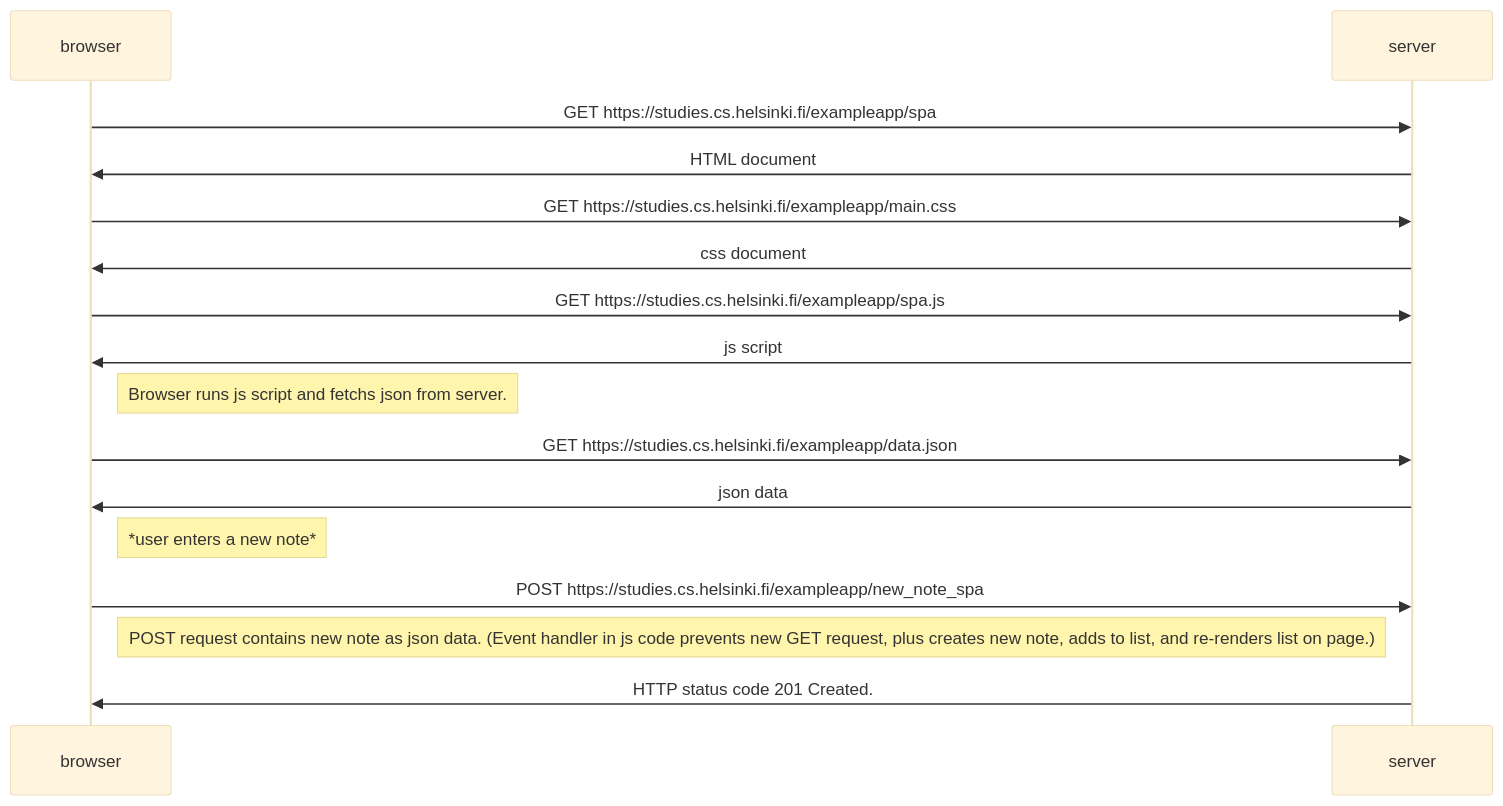
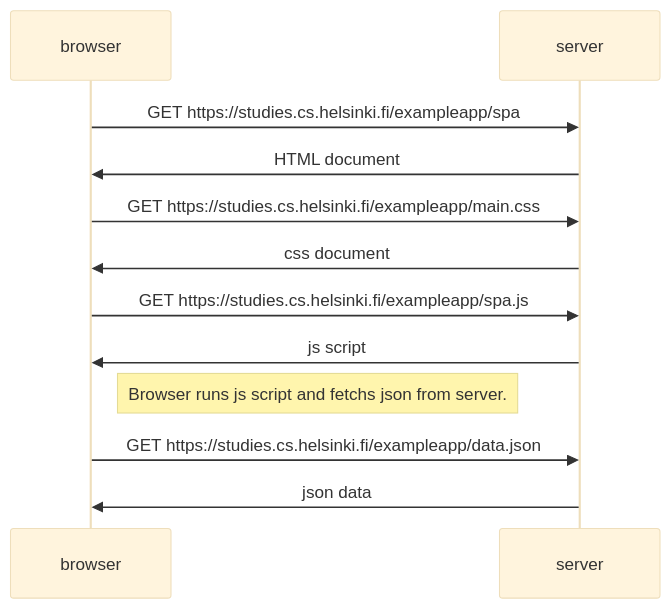
One commit to adam-herrala-bricker/fullstack changed the diagram in part_0/ex_5.md. Above: the diagram before and after it, drawn with Mermaid (base theme).

Commit message:
removed ex 6 content

```````diff
--- a/part_0/ex_5.md
+++ b/part_0/ex_5.md
@@ -1,17 +1,12 @@
 ```mermaid
 sequenceDiagram
     browser->>server: GET https://studies.cs.helsinki.fi/exampleapp/spa
     server->>browser: HTML document
     browser->>server: GET https://studies.cs.helsinki.fi/exampleapp/main.css
     server->>browser: css document
     browser->>server: GET https://studies.cs.helsinki.fi/exampleapp/spa.js
     server->>browser: js script
     Note right of browser: Browser runs js script and fetchs json from server.
     browser->>server: GET https://studies.cs.helsinki.fi/exampleapp/data.json
     server->>browser: json data
-    Note right of browser: *user enters a new note*
-    browser->>server: POST https://studies.cs.helsinki.fi/exampleapp/new_note_spa
-    Note right of browser: POST request contains new note as json data. (Event handler in js code prevents new GET request, plus creates new note, adds to list, and re-renders list on page.)
-    server->>browser: HTTP status code 201 Created.
-
-``````
+```
```````
